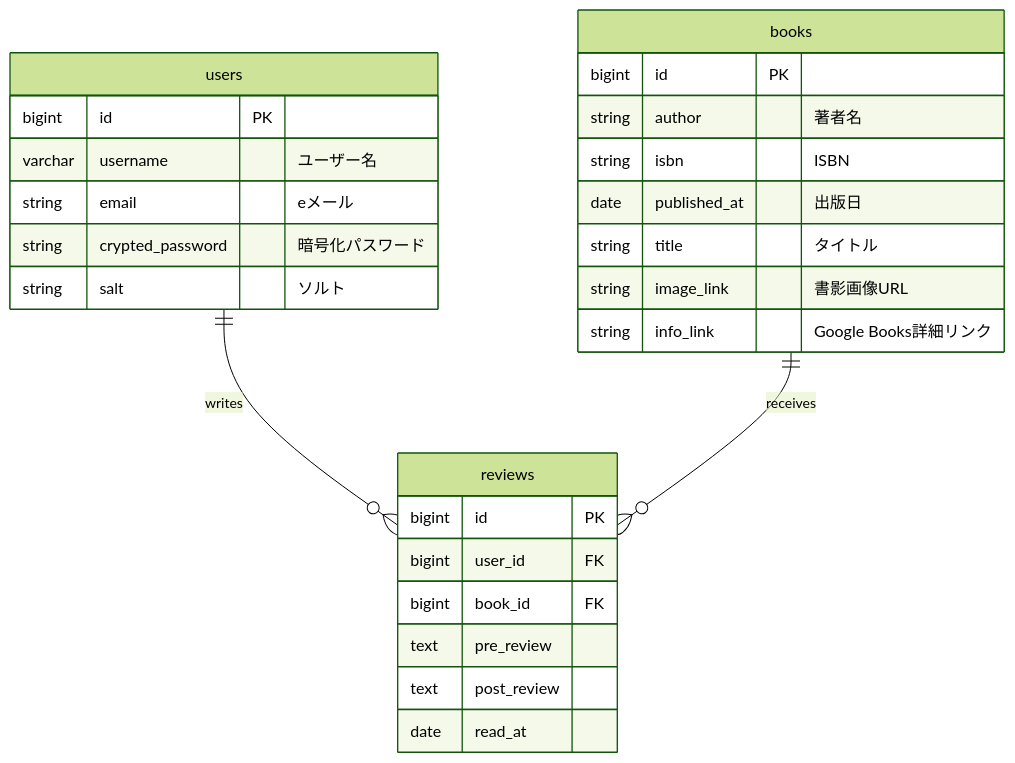
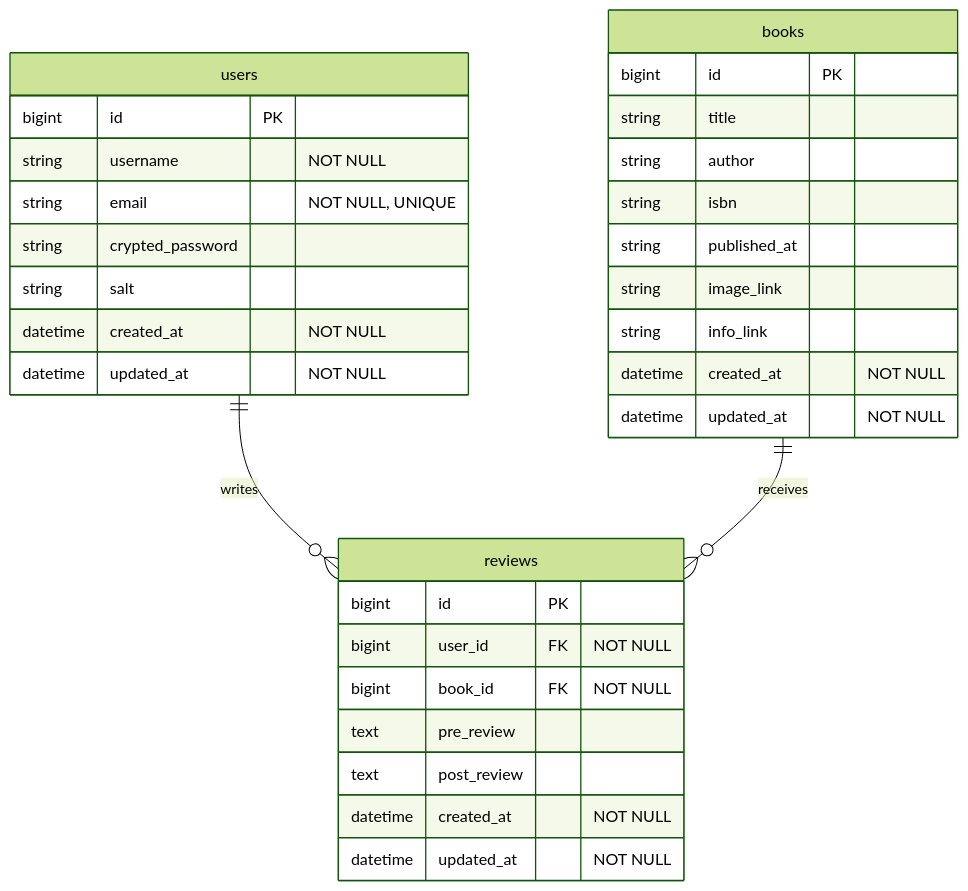
The diagram in README.md (kiruke/yomiato), drawn with Mermaid (forest theme) before and after one commit. The commit also changed other lines of this file, not shown here.

Commit message:
docs: update README ER diagram to match current database schema

````diff
--- a/README.md
+++ b/README.md
@@ -260,32 +261,37 @@
 ```mermaid
 erDiagram
     users ||--o{ reviews : writes
     books ||--o{ reviews : receives
 
     users {
         bigint id PK
-        varchar username "ユーザー名"
-        string email "eメール"
-        string crypted_password "暗号化パスワード"
-        string salt "ソルト"
+        string username "NOT NULL"
+        string email "NOT NULL, UNIQUE"
+        string crypted_password
+        string salt
+        datetime created_at "NOT NULL"
+        datetime updated_at "NOT NULL"
     }
 
     books {
         bigint id PK
-        string author "著者名"
-        string isbn "ISBN"
-        date published_at "出版日"
-        string title "タイトル"
-        string image_link "書影画像URL"
-        string info_link "Google Books詳細リンク"
+        string title
+        string author
+        string isbn
+        string published_at
+        string image_link
+        string info_link
+        datetime created_at "NOT NULL"
+        datetime updated_at "NOT NULL"
     }
 
     reviews {
         bigint id PK
-        bigint user_id FK
-        bigint book_id FK
-        text pre_review 
-        text post_review 
-        date read_at
+        bigint user_id FK "NOT NULL"
+        bigint book_id FK "NOT NULL"
+        text pre_review
+        text post_review
+        datetime created_at "NOT NULL"
+        datetime updated_at "NOT NULL"
     }
 ```
````
